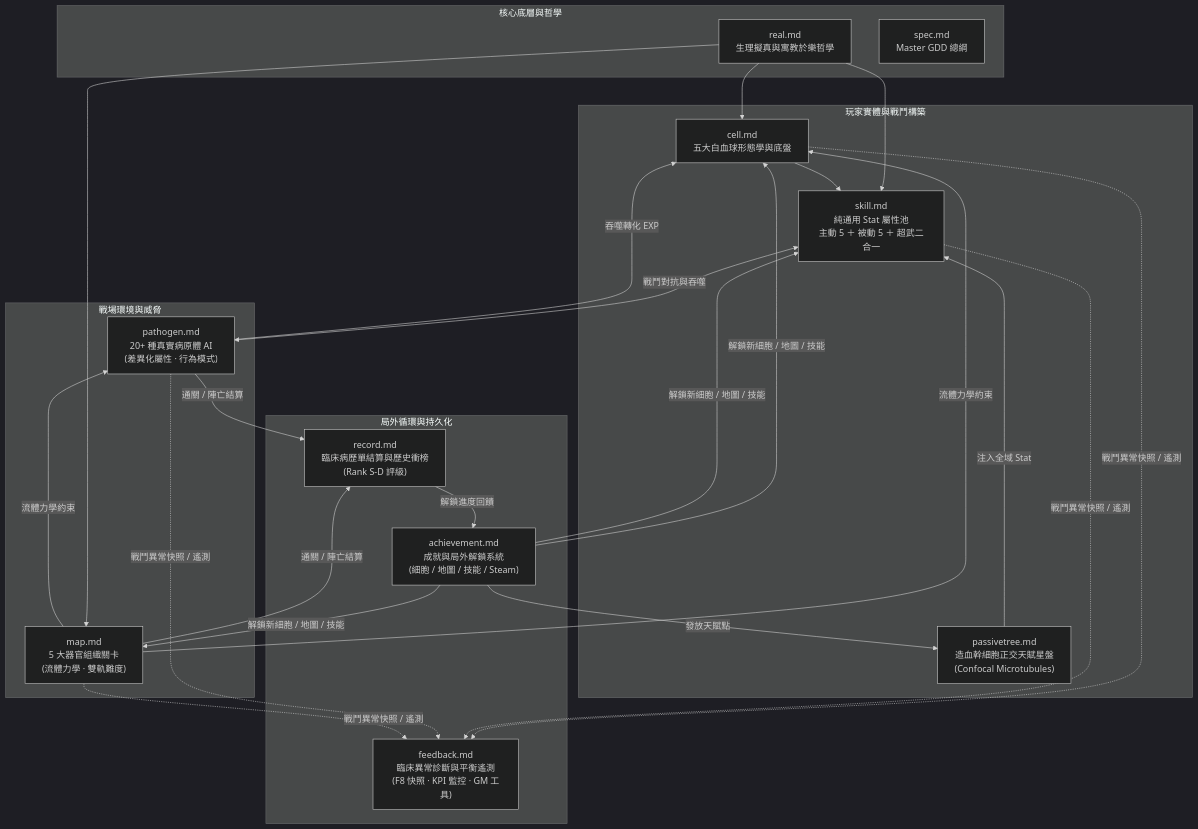
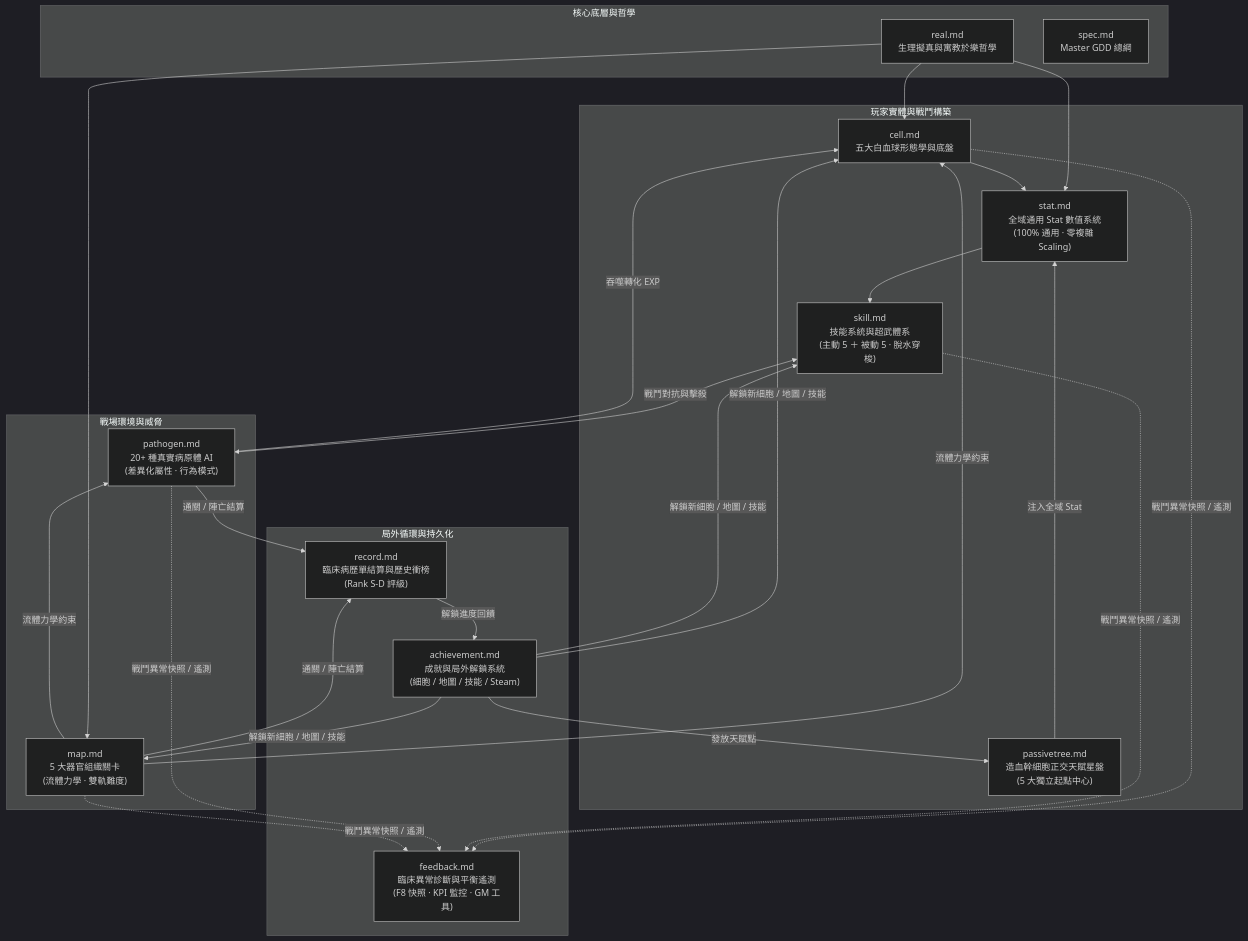
One commit to skyrocket-qy/Phagocyte changed the diagram in docs/README.md. Above: the diagram before and after it, drawn with Mermaid (dark theme). The commit also changed other lines of this file and 7 other files, not shown here.

````diff
--- a/docs/README.md
+++ b/docs/README.md
@@ -32,36 +33,38 @@
 ```mermaid
 graph TD
     subgraph CorePillars [核心底層與哲學]
         PHIL["real.md<br>生理擬真與寓教於樂哲學"]
         SPEC["spec.md<br>Master GDD 總綱"]
     end
 
     subgraph PlayerSystems [玩家實體與戰鬥構築]
         CELL["cell.md<br>五大白血球形態學與底盤"]
-        SKILL["skill.md<br>純通用 Stat 屬性池<br>主動 5 ＋ 被動 5 ＋ 超武二合一"]
-        TREE["passivetree.md<br>造血幹細胞正交天賦星盤<br>(Confocal Microtubules)"]
+        STAT["stat.md<br>全域通用 Stat 數值系統<br>(100% 通用 · 零複雜 Scaling)"]
+        SKILL["skill.md<br>技能系統與超武體系<br>(主動 5 ＋ 被動 5 · 脫水穿梭)"]
+        TREE["passivetree.md<br>造血幹細胞正交天賦星盤<br>(5 大獨立起點中心)"]
     end
 
     subgraph WorldSystems [戰場環境與威脅]
         MAP["map.md<br>5 大器官組織關卡<br>(流體力學 · 雙軌難度)"]
         PATH["pathogen.md<br>20+ 種真實病原體 AI<br>(差異化屬性 · 行為模式)"]
     end
 
     subgraph MetaSystems [局外循環與持久化]
         ACH["achievement.md<br>成就與局外解鎖系統<br>(細胞 / 地圖 / 技能 / Steam)"]
         REC["record.md<br>臨床病歷單結算與歷史衝榜<br>(Rank S-D 評級)"]
         DIAG["feedback.md<br>臨床異常診斷與平衡遙測<br>(F8 快照 · KPI 監控 · GM 工具)"]
     end
 
-    PHIL --> CELL & SKILL & MAP
-    CELL --> SKILL
-    TREE -->|注入全域 Stat| SKILL
-    SKILL <-->|戰鬥對抗與吞噬| PATH
+    PHIL --> CELL & STAT & MAP
+    CELL --> STAT
+    TREE -->|注入全域 Stat| STAT
+    STAT --> SKILL
+    SKILL <-->|戰鬥對抗與擊殺| PATH
     MAP -->|流體力學約束| CELL & PATH
     PATH -->|吞噬轉化 EXP| CELL
     PATH & MAP -->|通關 / 陣亡結算| REC
     REC -->|解鎖進度回饋| ACH
     ACH -->|發放天賦點| TREE
     ACH -->|解鎖新細胞 / 地圖 / 技能| CELL & MAP & SKILL
     CELL & SKILL & PATH & MAP -.->|戰鬥異常快照 / 遙測| DIAG
 ```
````
